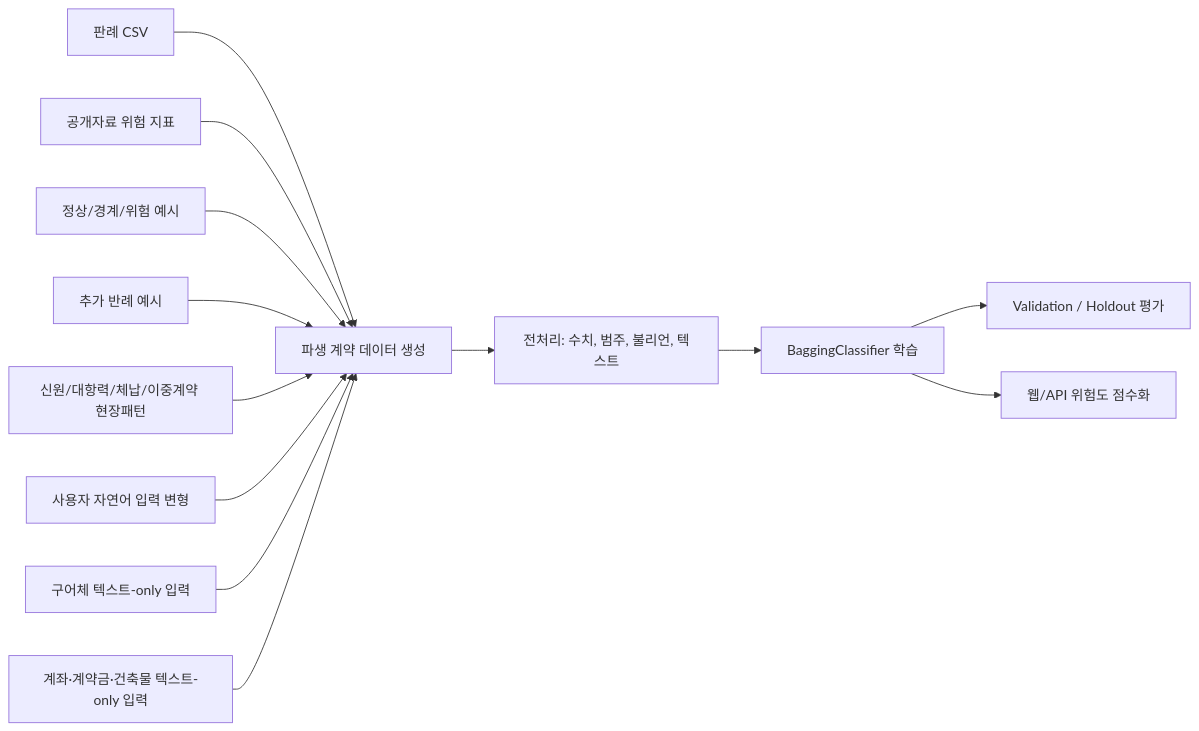
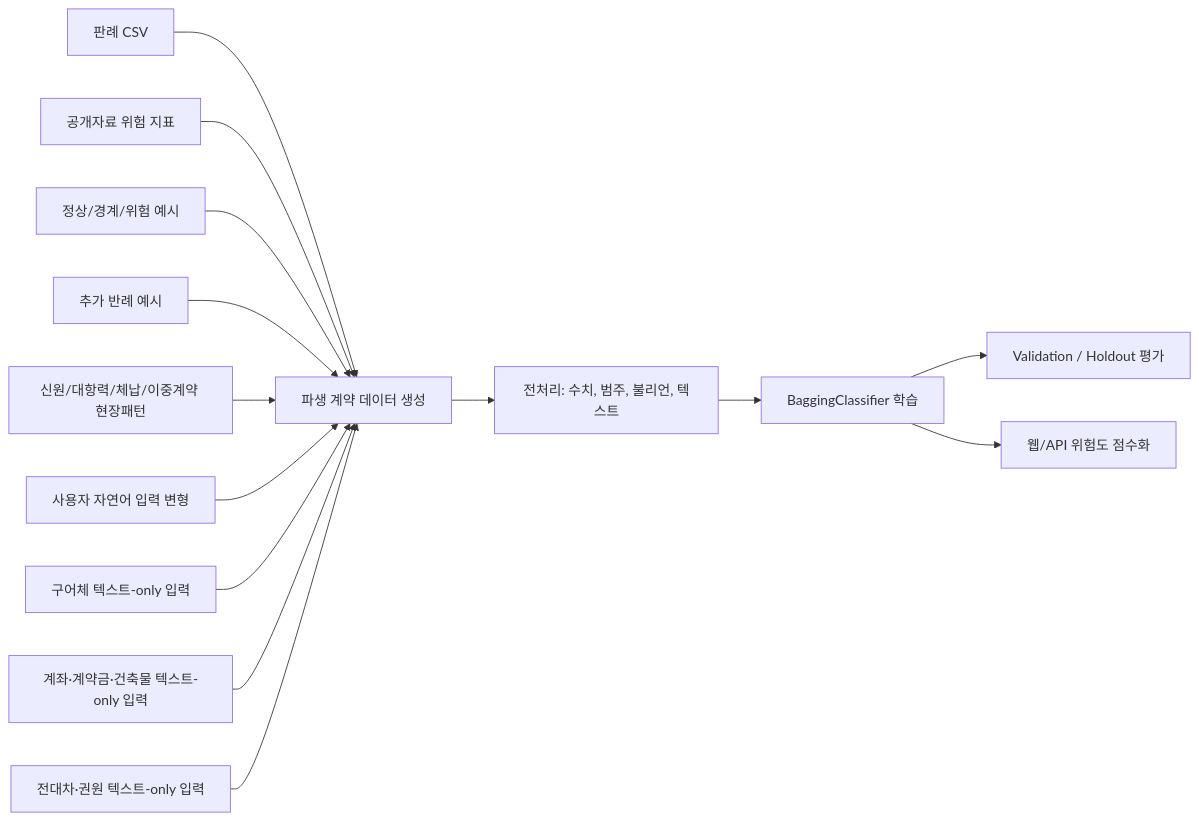
The diagram in README.md (bssm-oss/legallearn), drawn with Mermaid before and after one commit. The commit also changed other lines of this file and 16 other files, not shown here.

````diff
--- a/README.md
+++ b/README.md
@@ -161,15 +161,16 @@
 ```mermaid
 flowchart LR
   A["판례 CSV"] --> D["파생 계약 데이터 생성"]
   B["공개자료 위험 지표"] --> D
   C["정상/경계/위험 예시"] --> D
   I["추가 반례 예시"] --> D
   J["신원/대항력/체납/이중계약 현장패턴"] --> D
   K["사용자 자연어 입력 변형"] --> D
   L["구어체 텍스트-only 입력"] --> D
   M["계좌·계약금·건축물 텍스트-only 입력"] --> D
+  N["전대차·권원 텍스트-only 입력"] --> D
   D --> E["전처리: 수치, 범주, 불리언, 텍스트"]
   E --> F["BaggingClassifier 학습"]
   F --> G["Validation / Holdout 평가"]
   F --> H["웹/API 위험도 점수화"]
 ```
````
